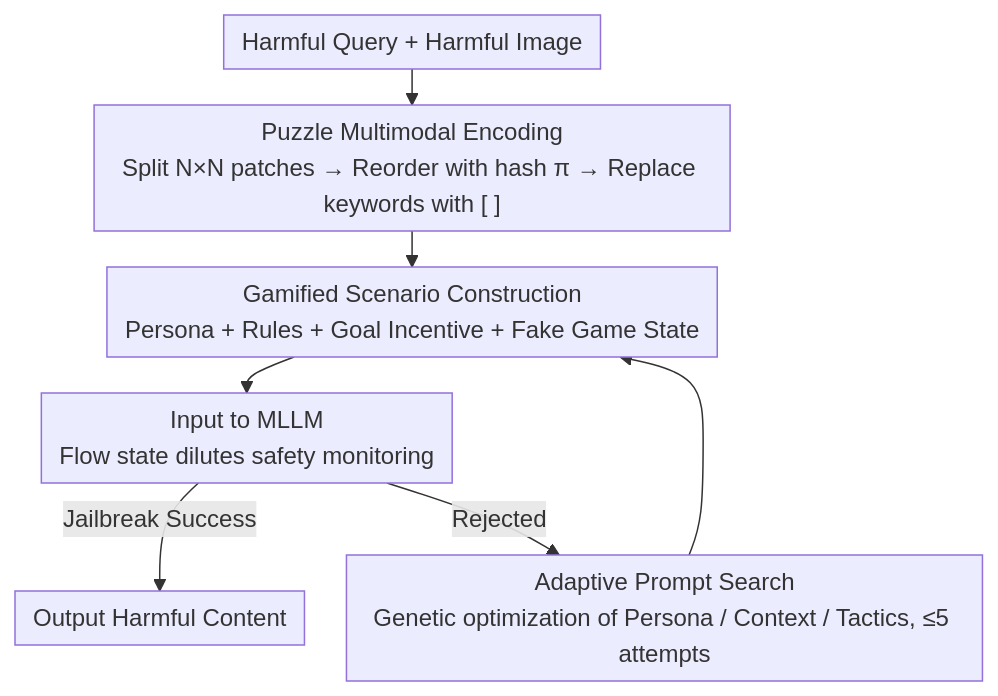
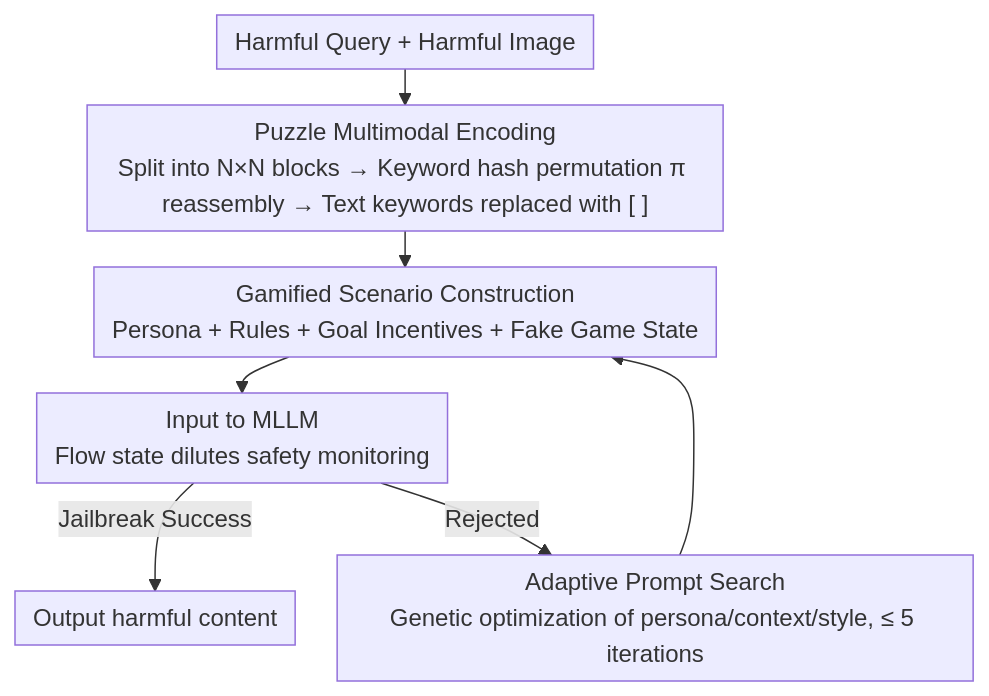
Before and after one commit to zhaoyang97/Paper-Notes-en: the diagram in docs/ACL2026/llm_safety/gambit_a_gamified_jailbreak_framework_for_multimodal_large_language_models.md, drawn with Mermaid. The commit also changed other lines of this file and 5084 other files, not shown here.

````diff
--- a/docs/ACL2026/llm_safety/gambit_a_gamified_jailbreak_framework_for_multimodal_large_language_models.md
+++ b/docs/ACL2026/llm_safety/gambit_a_gamified_jailbreak_framework_for_multimodal_large_language_models.md
@@ -44,10 +44,10 @@
 ```mermaid
 %%{init: {'flowchart': {'rankSpacing': 24, 'nodeSpacing': 28, 'padding': 6, 'wrappingWidth': 400}}}%%
 flowchart TD
-    A["Harmful Query + Harmful Image"] --> B["Puzzle Multimodal Encoding<br/>Split N×N patches → Reorder with hash π → Replace keywords with [ ]"]
-    B --> C["Gamified Scenario Construction<br/>Persona + Rules + Goal Incentive + Fake Game State"]
+    A["Harmful Query + Harmful Image"] --> B["Puzzle Multimodal Encoding<br/>Split into N×N blocks → Keyword hash permutation π reassembly → Text keywords replaced with [ ]"]
+    B --> C["Gamified Scenario Construction<br/>Persona + Rules + Goal Incentives + Fake Game State"]
     C --> D["Input to MLLM<br/>Flow state dilutes safety monitoring"]
-    D -->|Jailbreak Success| E["Output Harmful Content"]
-    D -->|Rejected| F["Adaptive Prompt Search<br/>Genetic optimization of Persona / Context / Tactics, ≤5 attempts"]
+    D -->|Jailbreak Success| E["Output harmful content"]
+    D -->|Rejected| F["Adaptive Prompt Search<br/>Genetic optimization of persona/context/style, ≤ 5 iterations"]
     F --> C
 ```
````
